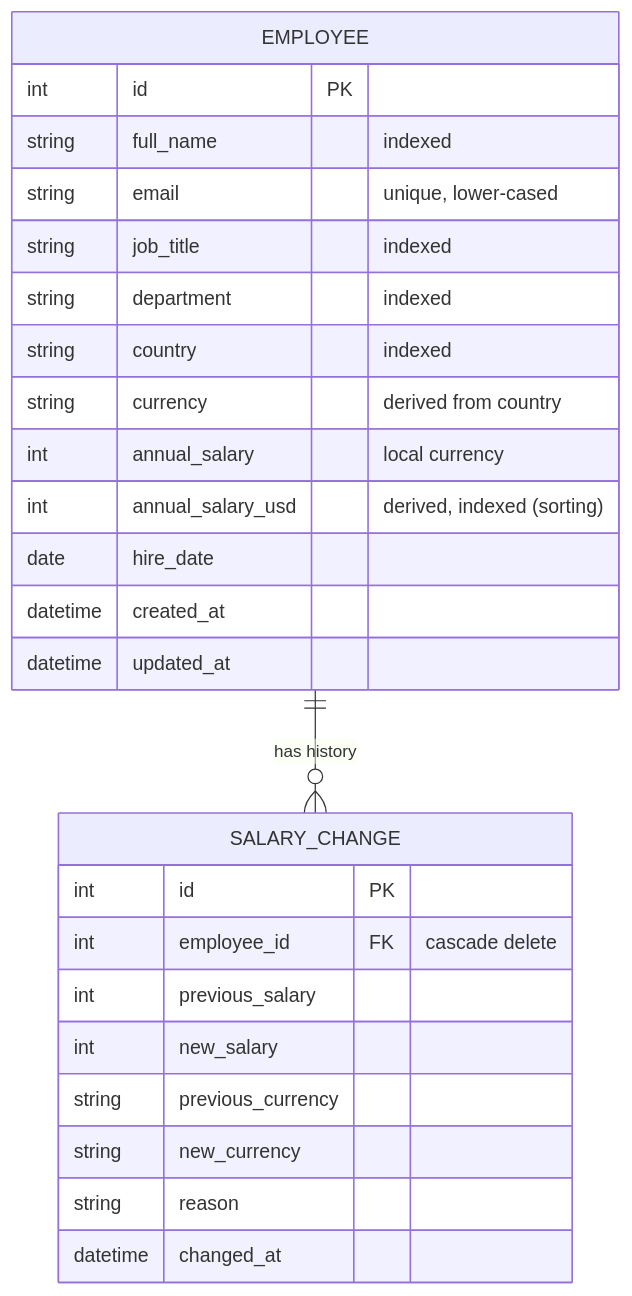
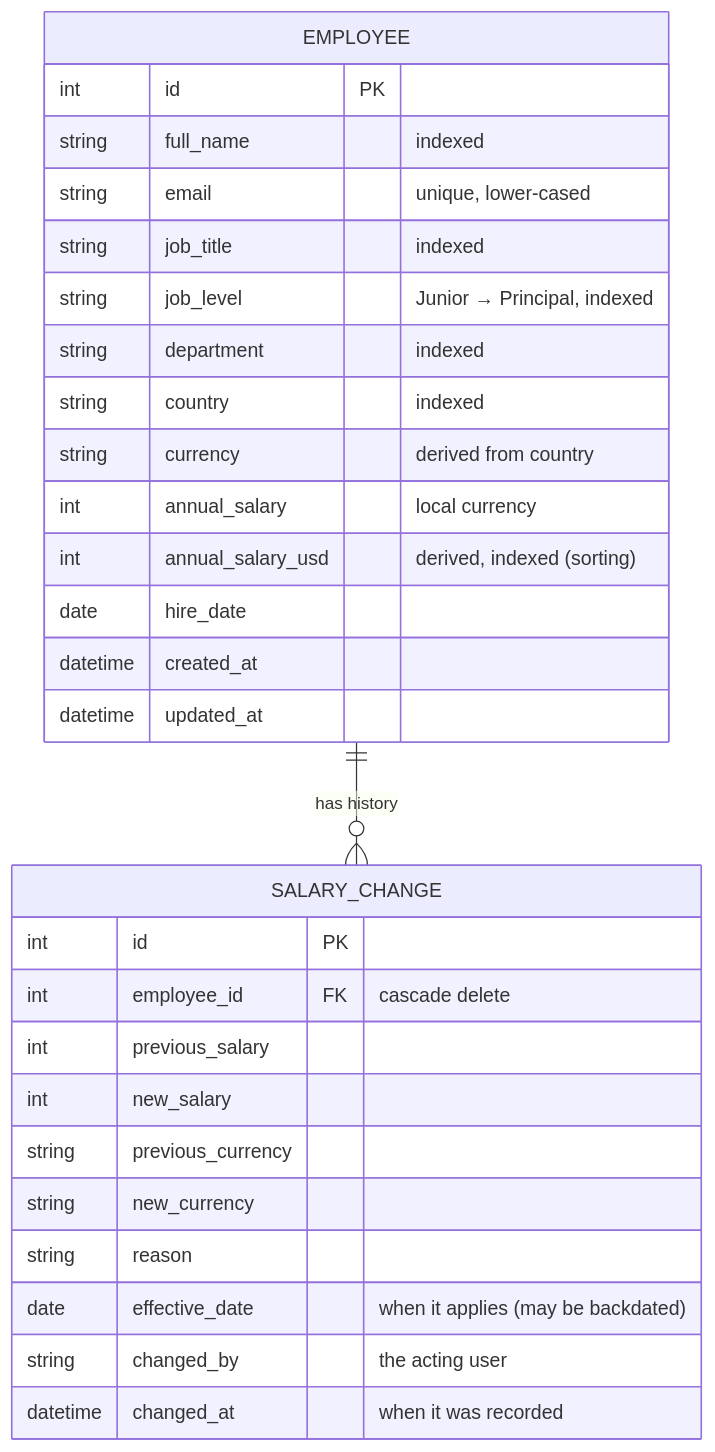
One commit to ManishgandotraCoder/acme changed the third of 4 diagrams in docs/ARCHITECTURE.md. Above: the diagram before and after it, drawn with Mermaid. The commit also changed other lines of this file and 7 other files, not shown here.

First line of the commit message:
docs: salary intelligence: ADR 0008, architecture, AI usage, demo

````diff
--- a/docs/ARCHITECTURE.md
+++ b/docs/ARCHITECTURE.md
@@ -98,28 +102,31 @@
 ```mermaid
 erDiagram
     EMPLOYEE ||--o{ SALARY_CHANGE : "has history"
     EMPLOYEE {
         int id PK
         string full_name "indexed"
         string email "unique, lower-cased"
         string job_title "indexed"
+        string job_level "Junior → Principal, indexed"
         string department "indexed"
         string country "indexed"
         string currency "derived from country"
         int annual_salary "local currency"
         int annual_salary_usd "derived, indexed (sorting)"
         date hire_date
         datetime created_at
         datetime updated_at
     }
     SALARY_CHANGE {
         int id PK
         int employee_id FK "cascade delete"
         int previous_salary
         int new_salary
         string previous_currency
         string new_currency
         string reason
-        datetime changed_at
+        date effective_date "when it applies (may be backdated)"
+        string changed_by "the acting user"
+        datetime changed_at "when it was recorded"
     }
 ```
````
